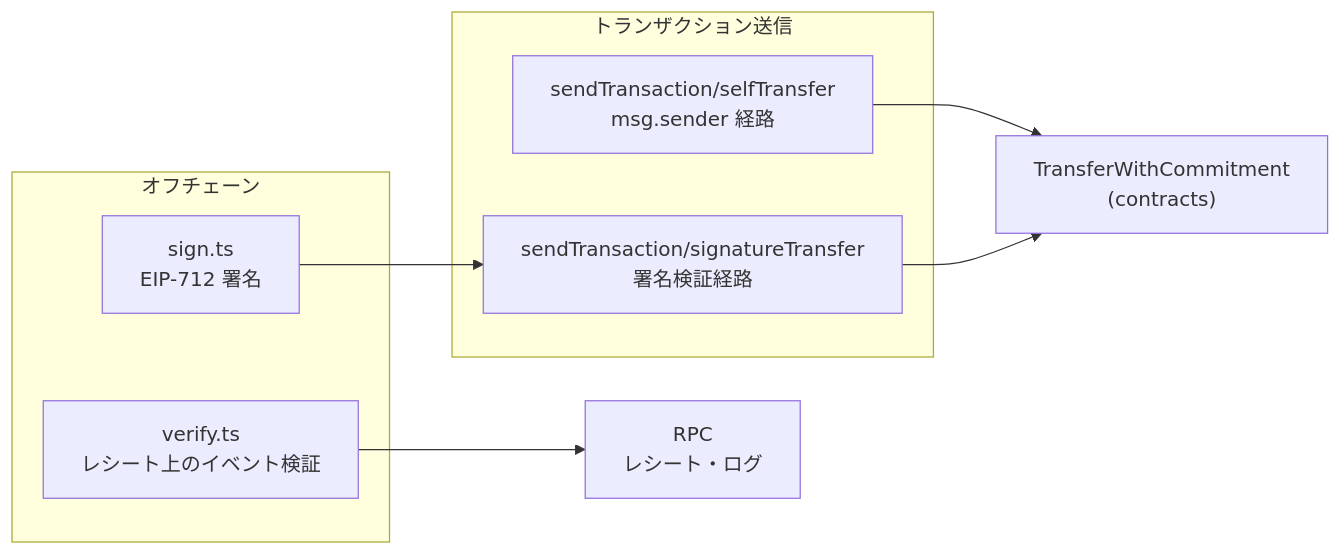
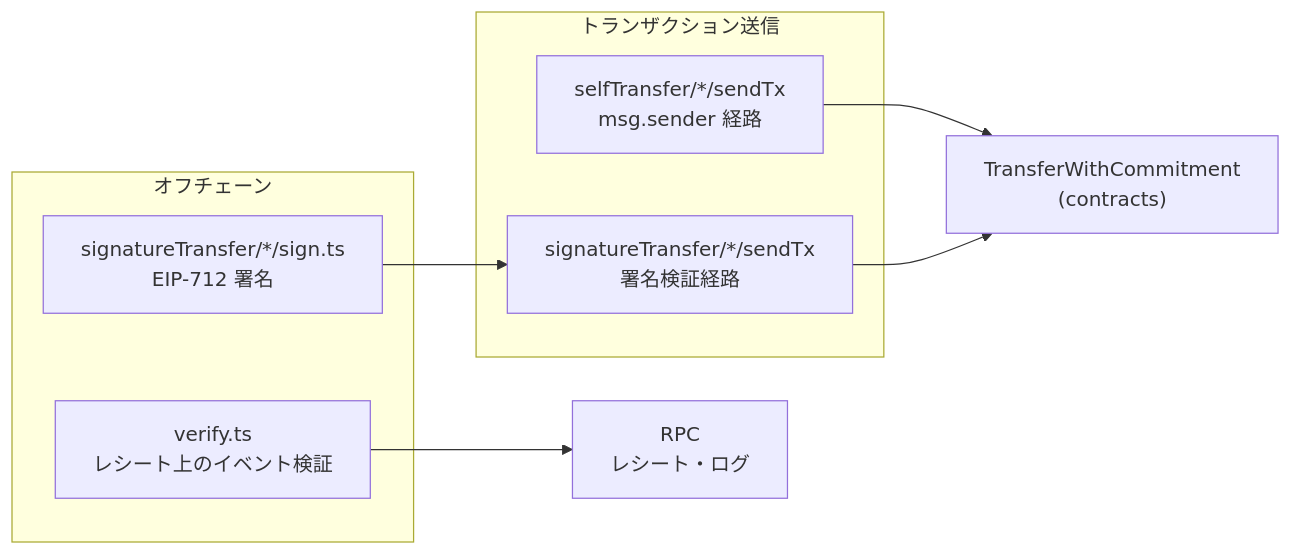
One commit to Bunsan-Pay/TransferWithCommitment changed the diagram in sdk_js/SPEC.md. Above: the diagram before and after it, drawn with Mermaid. The commit also changed other lines of this file and 240 other files, not shown here.

````diff
--- a/sdk_js/SPEC.md
+++ b/sdk_js/SPEC.md
@@ -13,17 +21,17 @@
 ```mermaid
 flowchart LR
   subgraph offchain["オフチェーン"]
-    sign["sign.ts\nEIP-712 署名"]
+    sign["signatureTransfer/*/sign.ts\nEIP-712 署名"]
     verify["verify.ts\nレシート上のイベント検証"]
   end
   subgraph tx["トランザクション送信"]
-    selfTx["sendTransaction/selfTransfer\nmsg.sender 経路"]
-    sigTx["sendTransaction/signatureTransfer\n署名検証経路"]
+    selfTx["selfTransfer/*/sendTx\nmsg.sender 経路"]
+    sigTx["signatureTransfer/*/sendTx\n署名検証経路"]
   end
   C["TransferWithCommitment\n(contracts)"]
   RPC["RPC\nレシート・ログ"]
   sign --> sigTx
   selfTx --> C
   sigTx --> C
   verify --> RPC
 ```
````
